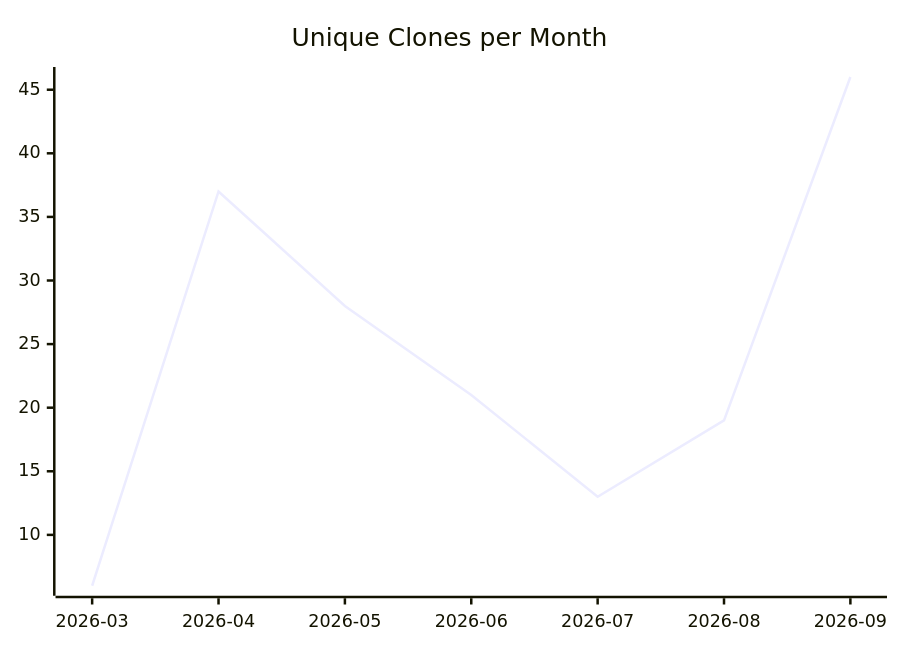
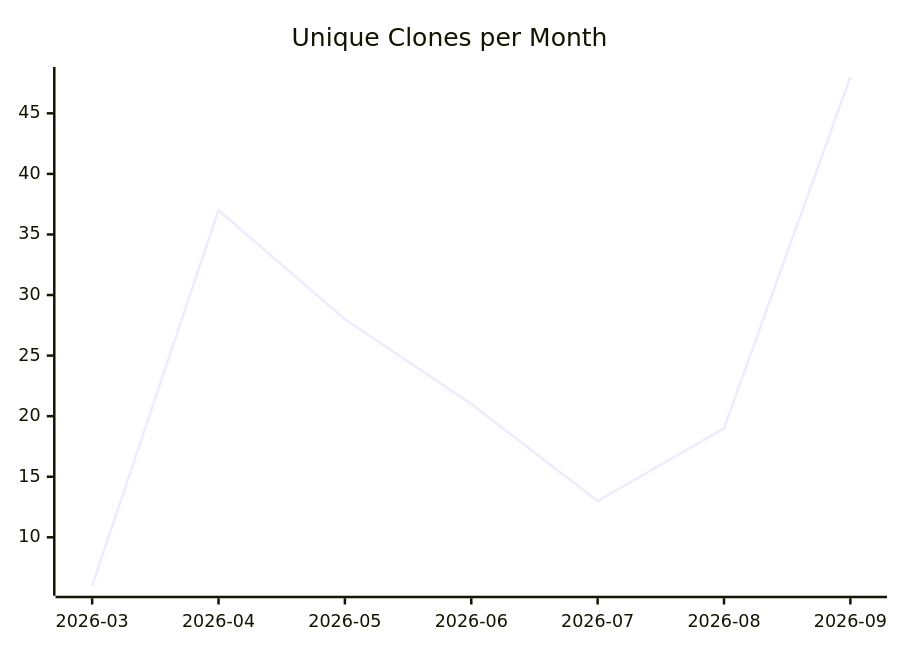
Before and after one commit to justdavis-family/github-analytics-data: the third of 3 diagrams in karlmdavis/ansible-role-jenkins2/README.md, drawn with Mermaid. The commit also changed other lines of this file and 202 other files, not shown here.

````diff
--- a/karlmdavis/ansible-role-jenkins2/README.md
+++ b/karlmdavis/ansible-role-jenkins2/README.md
@@ -19,6 +19,6 @@
 ```mermaid
 xychart-beta
   title "Unique Clones per Month"
   x-axis ["2026-03", "2026-04", "2026-05", "2026-06", "2026-07", "2026-08", "2026-09"]
-  line [6, 37, 28, 21, 13, 19, 46]
+  line [6, 37, 28, 21, 13, 19, 48]
 ```
````
